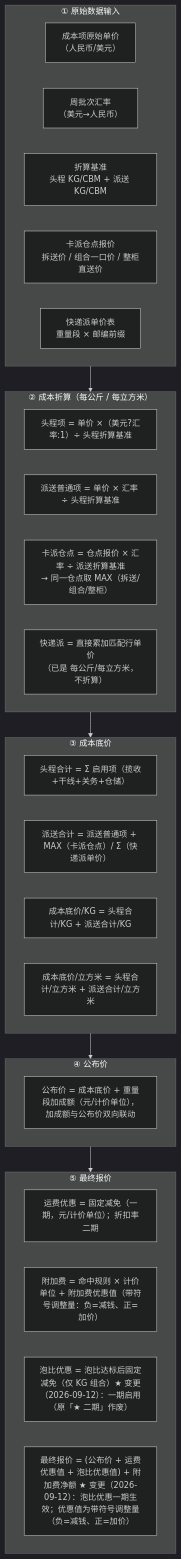
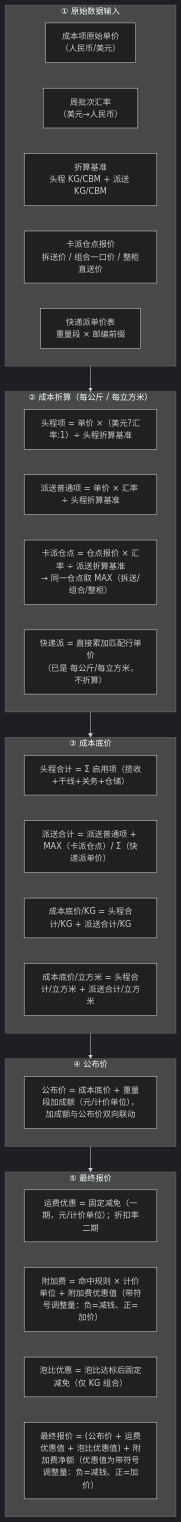
The second of 2 diagrams in 0-产品经理使用IDE/drafts/超级运价/2026-09-12-用户需求.md (zhangwen960722/luna-daily), drawn with Mermaid (dark theme) before and after one commit. The commit also changed other lines of this file and 16 other files, not shown here.

````diff
--- a/0-产品经理使用IDE/drafts/超级运价/2026-09-12-用户需求.md
+++ b/0-产品经理使用IDE/drafts/超级运价/2026-09-12-用户需求.md
@@ -474,45 +476,45 @@
 ```mermaid
 flowchart TD
     subgraph 第一层_原始数据["① 原始数据输入"]
         direction LR
         S1["成本项原始单价<br>（人民币/美元）"] 
         S2["周批次汇率<br>（美元→人民币）"]
         S3["折算基准<br>头程 KG/CBM + 派送 KG/CBM"]
         S4["卡派仓点报价<br>拆送价 / 组合一口价 / 整柜直送价"]
         S5["快递派单价表<br>重量段 × 邮编前缀"]
     end
 
     subgraph 第二层_成本折算["② 成本折算（每公斤 / 每立方米）"]
         direction LR
         T1["头程项 = 单价 ×（美元?汇率:1）÷ 头程折算基准"]
         T2["派送普通项 = 单价 × 汇率 ÷ 头程折算基准"]
         T3["卡派仓点 = 仓点报价 × 汇率 ÷ 派送折算基准<br>→ 同一仓点取 MAX（拆送/组合/整柜）"]
         T4["快递派 = 直接累加匹配行单价<br>（已是 每公斤/每立方米，不折算）"]
     end
 
     subgraph 第三层_成本底价["③ 成本底价"]
         direction LR
         U1["头程合计 = Σ 启用项（揽收+干线+关务+仓储）"]
         U2["派送合计 = 派送普通项 + MAX（卡派仓点）/ Σ（快递派单价）"]
         U3["成本底价/KG = 头程合计/KG + 派送合计/KG"]
         U3b["成本底价/立方米 = 头程合计/立方米 + 派送合计/立方米"]
     end
 
     subgraph 第四层_定价["④ 公布价"]
         direction LR
         V1["公布价 = 成本底价 + 重量段加成额（元/计价单位），加成额与公布价双向联动"]
     end
 
     subgraph 第五层_报价["⑤ 最终报价"]
         direction LR
         W1["运费优惠 = 固定减免（一期，元/计价单位）；折扣率二期"]
         W2["附加费 = 命中规则 × 计价单位 + 附加费优惠值（带符号调整量：负=减钱、正=加价）"]
-        W3["泡比优惠 = 泡比达标后固定减免（仅 KG 组合）★ 变更（2026-09-12）：一期启用（原「★ 二期」作废）"]
-        W4["最终报价 = (公布价 + 运费优惠值 + 泡比优惠值) + 附加费净额 ★ 变更（2026-09-12）：泡比优惠一期生效；优惠值为带符号调整量（负=减钱、正=加价）"]
+        W3["泡比优惠 = 泡比达标后固定减免（仅 KG 组合）"]
+        W4["最终报价 = (公布价 + 运费优惠值 + 泡比优惠值) + 附加费净额（优惠值为带符号调整量：负=减钱、正=加价）"]
     end
 
     第一层_原始数据 --> 第二层_成本折算
     第二层_成本折算 --> 第三层_成本底价
     第三层_成本底价 --> 第四层_定价
     第四层_定价 --> 第五层_报价
 ```
````
